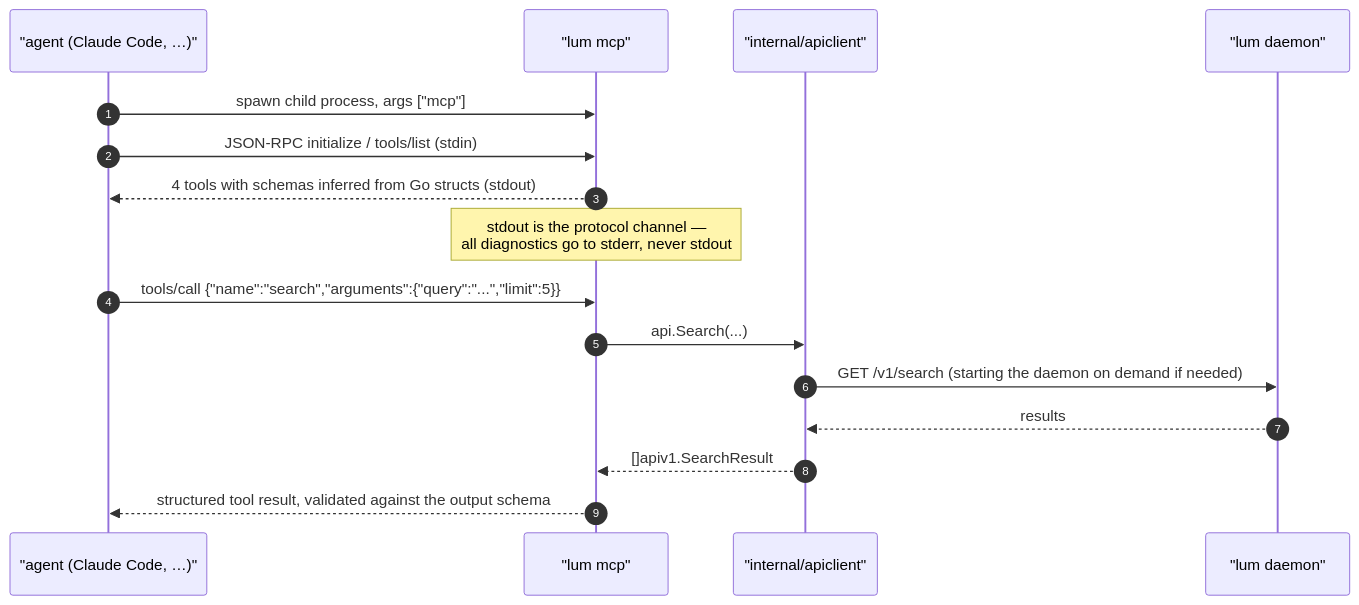
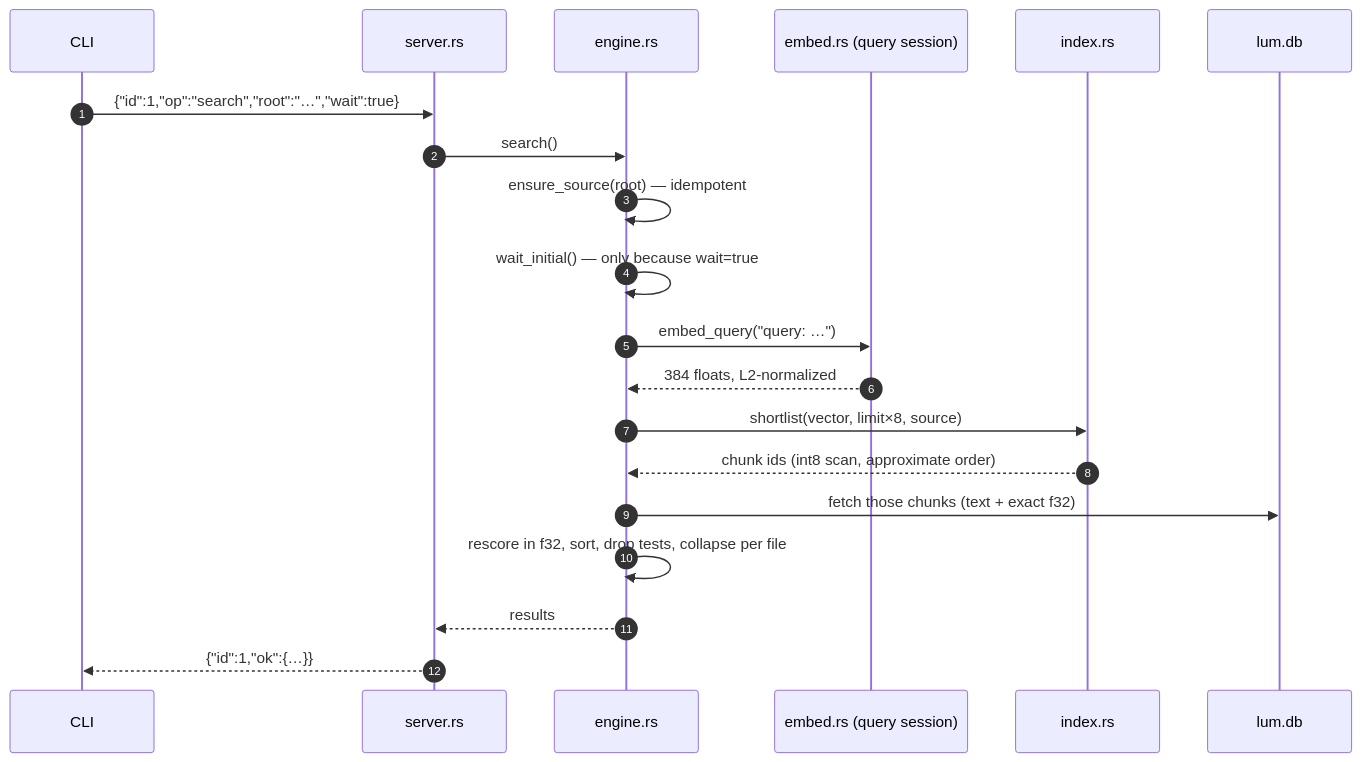
Before and after one commit to alDuncanson/lum: the third of 10 diagrams in docs/diagrams.md, drawn with Mermaid. The commit also changed other lines of this file and 115 other files, not shown here.

````diff
--- a/docs/diagrams.md
+++ b/docs/diagrams.md
@@ -331,19 +88,23 @@
 ```mermaid
 sequenceDiagram
     autonumber
-    participant AG as "agent (Claude Code, …)"
-    participant M as "lum mcp"
-    participant A as "internal/apiclient"
-    participant D as "lum daemon"
+    participant C as CLI
+    participant S as server.rs
+    participant E as engine.rs
+    participant M as embed.rs (query session)
+    participant I as index.rs
+    participant DB as lum.db
 
-    AG->>M: spawn child process, args ["mcp"]
-    AG->>M: JSON-RPC initialize / tools/list (stdin)
-    M-->>AG: 4 tools with schemas inferred from Go structs (stdout)
-    Note over M: stdout is the protocol channel —<br/>all diagnostics go to stderr, never stdout
-    AG->>M: tools/call {"name":"search","arguments":{"query":"...","limit":5}}
-    M->>A: api.Search(...)
-    A->>D: GET /v1/search (starting the daemon on demand if needed)
-    D-->>A: results
-    A-->>M: []apiv1.SearchResult
-    M-->>AG: structured tool result, validated against the output schema
+    C->>S: {"id":1,"op":"search","root":"…","wait":true}
+    S->>E: search()
+    E->>E: ensure_source(root) — idempotent
+    E->>E: wait_initial() — only because wait=true
+    E->>M: embed_query("query: …")
+    M-->>E: 384 floats, L2-normalized
+    E->>I: shortlist(vector, limit×8, source)
+    I-->>E: chunk ids (int8 scan, approximate order)
+    E->>DB: fetch those chunks (text + exact f32)
+    E->>E: rescore in f32, sort, drop tests, collapse per file
+    E-->>S: results
+    S-->>C: {"id":1,"ok":{…}}
 ```
````
